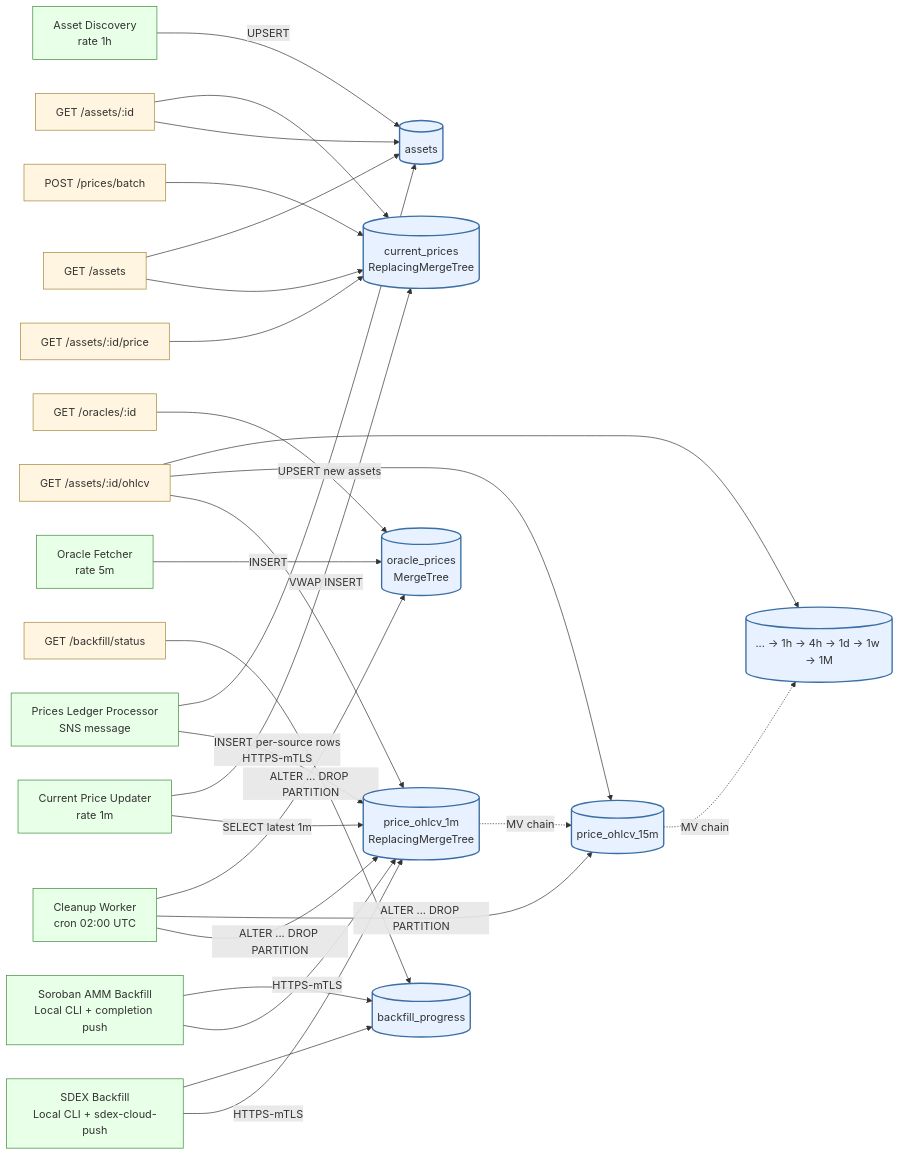
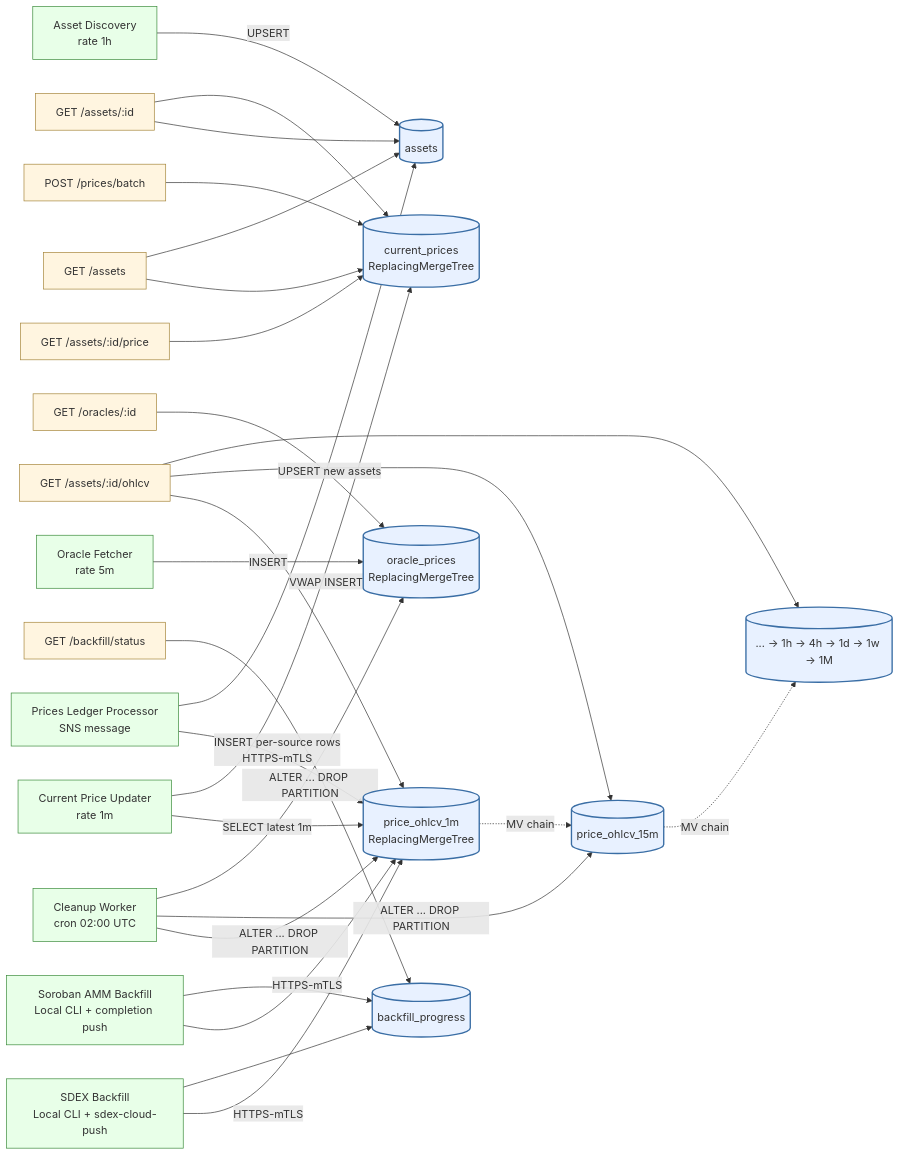
Before and after one commit to rumblefishdev/stellar-prices-api: the sixth of 13 diagrams in docs/database-schema/database-schema-overview.md, drawn with Mermaid. The commit also changed other lines of this file and 7 other files, not shown here.

````diff
--- a/docs/database-schema/database-schema-overview.md
+++ b/docs/database-schema/database-schema-overview.md
@@ -917,39 +920,39 @@
 ```mermaid
 flowchart LR
     %% Writers
     PLP[Prices Ledger Processor<br/>SNS message] -->|INSERT per-source rows<br/>HTTPS-mTLS| OHLCV1m[(price_ohlcv_1m<br/>ReplacingMergeTree)]
     PLP -->|UPSERT new assets| Assets[(assets)]
     AD[Asset Discovery<br/>rate 1h] -->|UPSERT| Assets
     OHLCV1m -.->|MV chain| OHLCV15m[(price_ohlcv_15m)]
     OHLCV15m -.->|MV chain| OHLCVrest[(... → 1h → 4h → 1d → 1w → 1M)]
     CPU[Current Price Updater<br/>rate 1m] -->|SELECT latest 1m| OHLCV1m
     CPU -->|VWAP INSERT| Current[(current_prices<br/>ReplacingMergeTree)]
-    Oracle[Oracle Fetcher<br/>rate 5m] -->|INSERT| OracleP[(oracle_prices<br/>MergeTree)]
+    Oracle[Oracle Fetcher<br/>rate 5m] -->|INSERT| OracleP[(oracle_prices<br/>ReplacingMergeTree)]
     Cleanup[Cleanup Worker<br/>cron 02:00 UTC] -->|ALTER ... DROP PARTITION| OHLCV1m
     Cleanup -->|ALTER ... DROP PARTITION| OHLCV15m
     Cleanup -->|ALTER ... DROP PARTITION| OracleP
     SDEX[SDEX Backfill<br/>Local CLI + sdex-cloud-push] -->|HTTPS-mTLS| OHLCV1m
     SDEX --> BP[(backfill_progress)]
     AMM[Soroban AMM Backfill<br/>Local CLI + completion push] -->|HTTPS-mTLS| OHLCV1m
     AMM --> BP
 
     %% Readers (API endpoints)
     GET_assets[GET /assets] --> Current
     GET_assets --> Assets
     GET_asset[GET /assets/:id] --> Assets
     GET_asset --> Current
     GET_price[GET /assets/:id/price] --> Current
     GET_ohlcv[GET /assets/:id/ohlcv] --> OHLCV1m
     GET_ohlcv --> OHLCV15m
     GET_ohlcv --> OHLCVrest
     POST_batch[POST /prices/batch] --> Current
     GET_oracle[GET /oracles/:id] --> OracleP
     GET_status[GET /backfill/status] --> BP
 
     classDef store fill:#e8f1ff,stroke:#3a6ea5,stroke-width:2px;
     classDef writer fill:#e8ffe8,stroke:#3a8a3a,stroke-width:1px;
     classDef reader fill:#fff5e0,stroke:#a5853a,stroke-width:1px;
     class OHLCV1m,OHLCV15m,OHLCVrest,Assets,Current,OracleP,BP store;
     class PLP,AD,CPU,Oracle,Cleanup,SDEX,AMM writer;
     class GET_assets,GET_asset,GET_price,GET_ohlcv,POST_batch,GET_oracle,GET_status reader;
 ```
````
